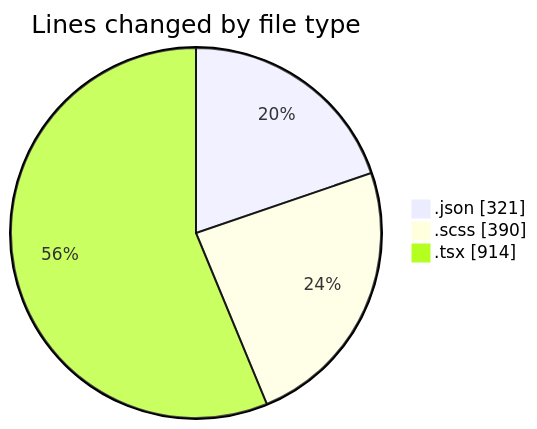
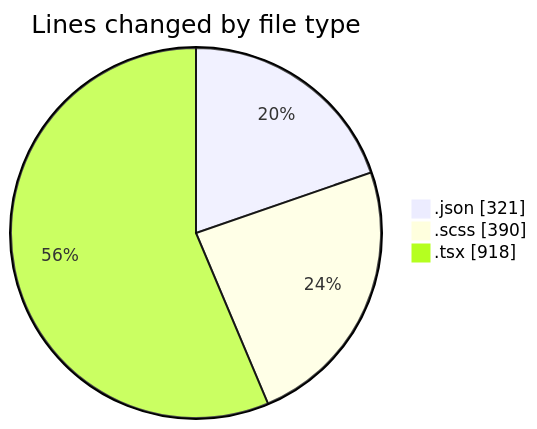
One commit to momahboobian/code-tracking changed the first of 2 diagrams in 2026-04-20/cda/README.md. Above: the diagram before and after it, drawn with Mermaid. The commit also changed other lines of this file and 1 other file, not shown here.

````diff
--- a/2026-04-20/cda/README.md
+++ b/2026-04-20/cda/README.md
@@ -27,7 +27,7 @@
 ```mermaid
 pie showData
 title Lines changed by file type
 ".json" : 321
 ".scss" : 390
-".tsx" : 914
+".tsx" : 918
 ```
````
